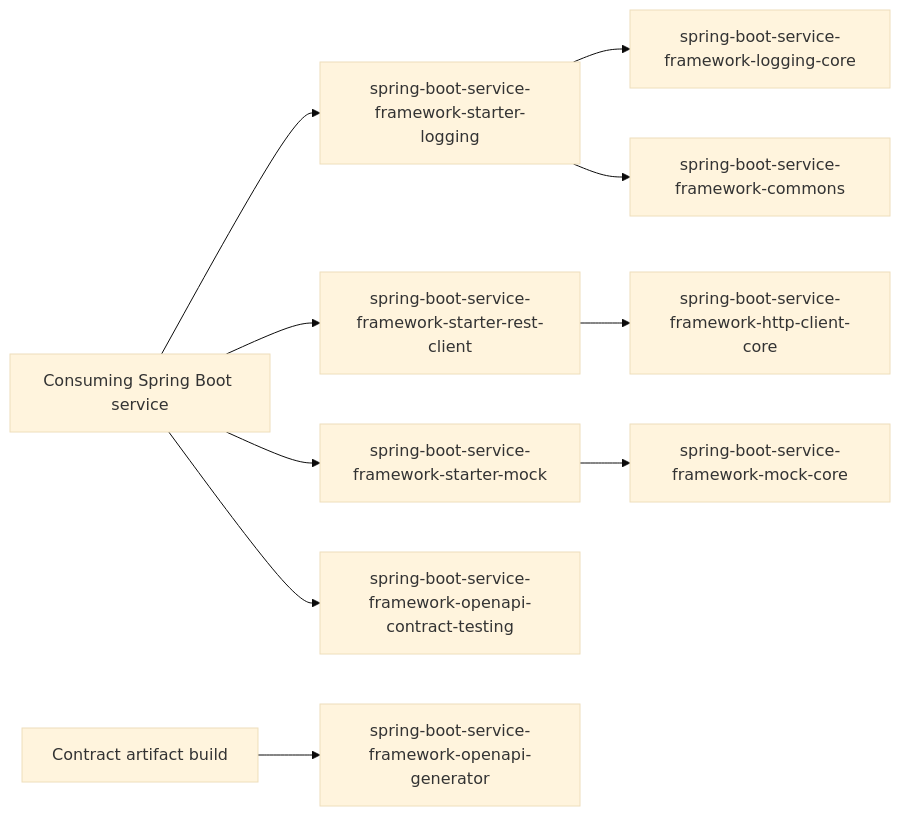
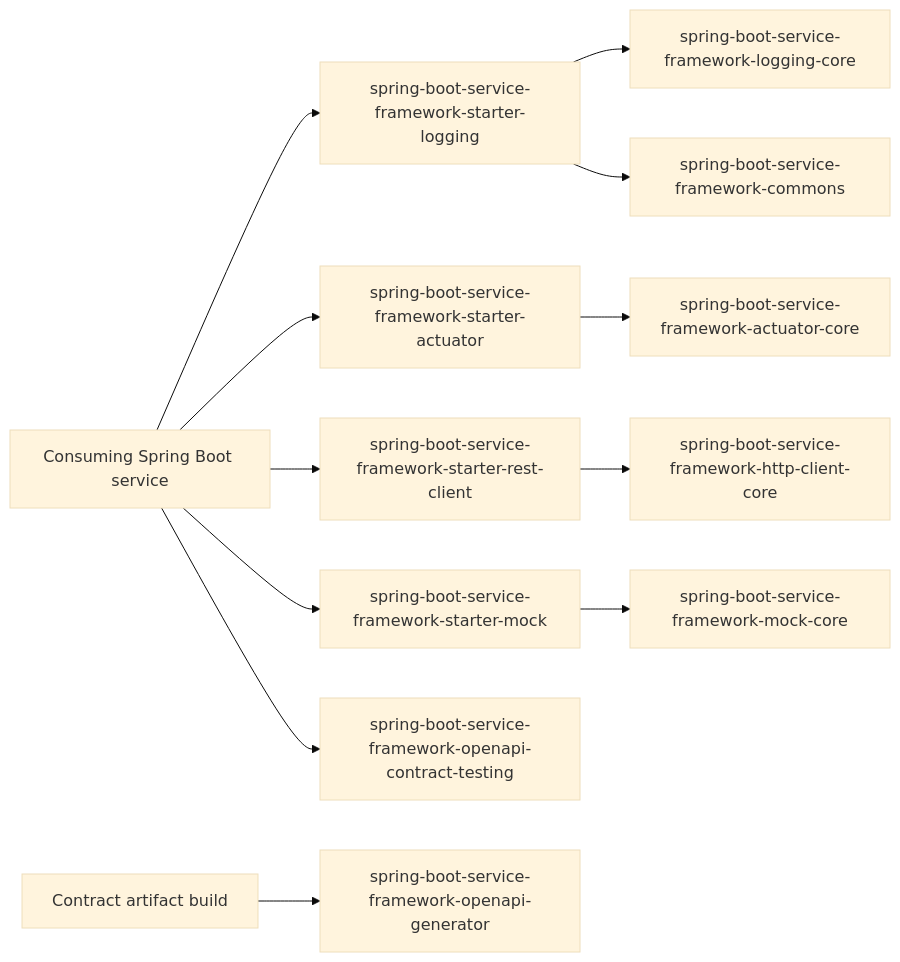
Before and after one commit to Gazu/spring-boot-service-framework: the diagram in README.md, drawn with Mermaid (base theme). The commit also changed other lines of this file and 398 other files, not shown here.

````diff
--- a/README.md
+++ b/README.md
@@ -52,24 +54,28 @@
 ```mermaid
 flowchart LR
     Service["Consuming Spring Boot service"]
     ContractBuild["Contract artifact build"]
     StarterLogging["spring-boot-service-framework-starter-logging"]
+    StarterActuator["spring-boot-service-framework-starter-actuator"]
     StarterRest["spring-boot-service-framework-starter-rest-client"]
     StarterMock["spring-boot-service-framework-starter-mock"]
     LoggingCore["spring-boot-service-framework-logging-core"]
+    ActuatorCore["spring-boot-service-framework-actuator-core"]
     HttpCore["spring-boot-service-framework-http-client-core"]
     MockCore["spring-boot-service-framework-mock-core"]
     OpenApiGenerator["spring-boot-service-framework-openapi-generator"]
     ContractTesting["spring-boot-service-framework-openapi-contract-testing"]
     Commons["spring-boot-service-framework-commons"]
 
     Service --> StarterLogging
+    Service --> StarterActuator
     Service --> StarterRest
     Service --> StarterMock
     StarterLogging --> LoggingCore
     StarterLogging --> Commons
+    StarterActuator --> ActuatorCore
     StarterRest --> HttpCore
     StarterMock --> MockCore
     ContractBuild --> OpenApiGenerator
     Service --> ContractTesting
 ```
````
